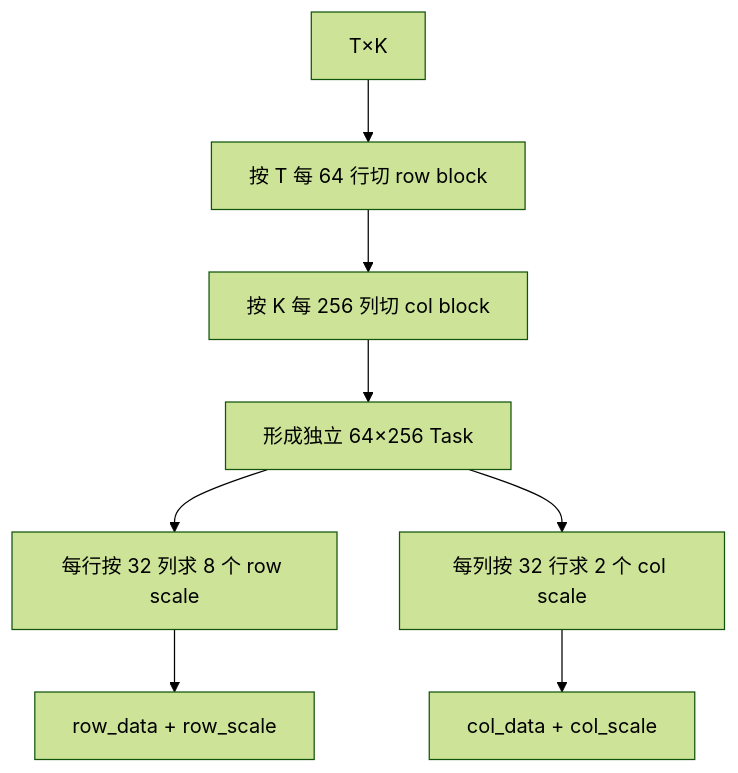
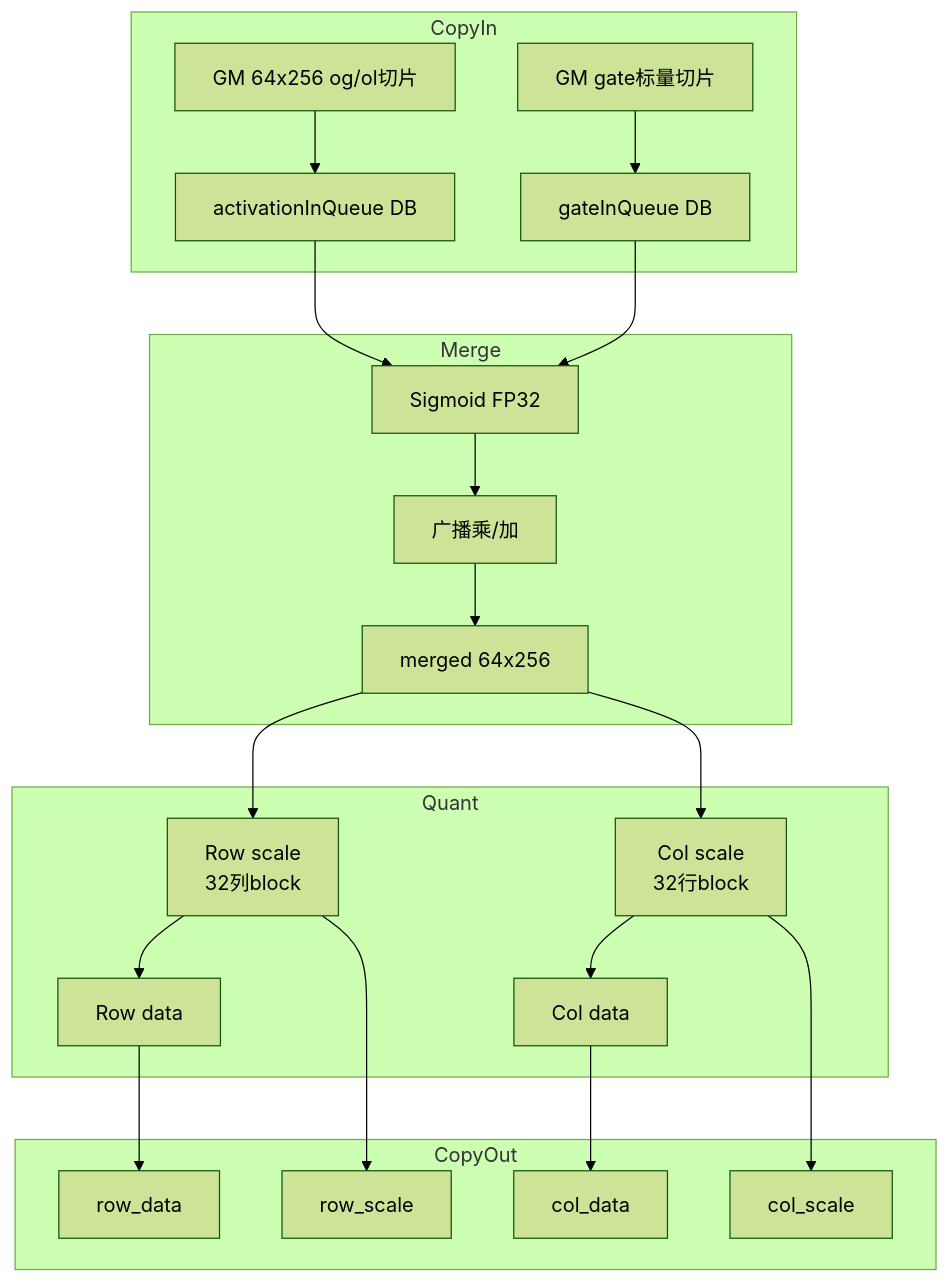
The third of 10 diagrams in attention/cla_gate_mx_quant_with_dual_axis/docs/ClaGateMxQuantWithDualAxis算子详细设计说明书.md (ChunnX/ops-transformer), drawn with Mermaid (forest theme) before and after one commit. The commit also changed other lines of this file and 14 other files, not shown here.

````diff
--- a/attention/cla_gate_mx_quant_with_dual_axis/docs/ClaGateMxQuantWithDualAxis算子详细设计说明书.md
+++ b/attention/cla_gate_mx_quant_with_dual_axis/docs/ClaGateMxQuantWithDualAxis算子详细设计说明书.md
@@ -361,10 +355,25 @@
 ```mermaid
 flowchart TD
-    A[T×K] --> B[按 T 每 64 行切 row block]
-    B --> C[按 K 每 256 列切 col block]
-    C --> D[形成独立 64×256 Task]
-    D --> E[每行按 32 列求 8 个 row scale]
-    D --> F[每列按 32 行求 2 个 col scale]
-    E --> G[row_data + row_scale]
-    F --> H[col_data + col_scale]
+    subgraph CopyIn
+        A[GM 64x256 og/ol切片] --> AQ[activationInQueue DB]
+        B[GM gate标量切片] --> BQ[gateInQueue DB]
+    end
+    subgraph Merge
+        AQ --> SG[Sigmoid FP32]
+        BQ --> SG
+        SG --> MUL[广播乘/加]
+        MUL --> MERGED[merged 64x256]
+    end
+    subgraph Quant
+        MERGED --> ROWSCALE[Row scale\n32列block]
+        MERGED --> COLSCALE[Col scale\n32行block]
+        ROWSCALE --> ROWDATA[Row data]
+        COLSCALE --> COLDATA[Col data]
+    end
+    subgraph CopyOut
+        ROWDATA --> GM1[row_data]
+        ROWSCALE --> GM2[row_scale]
+        COLDATA --> GM3[col_data]
+        COLSCALE --> GM4[col_scale]
+    end
 ```
````
